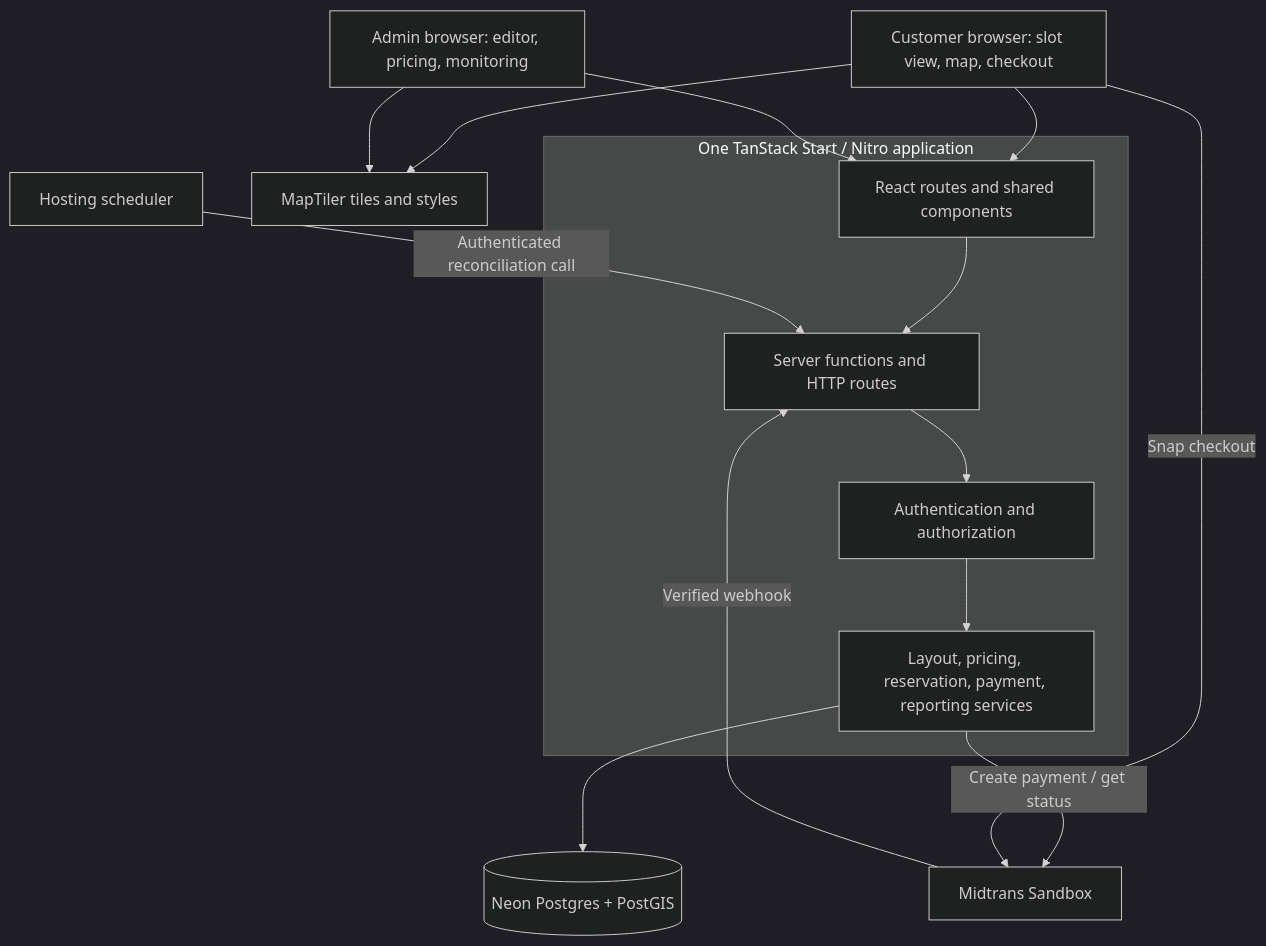
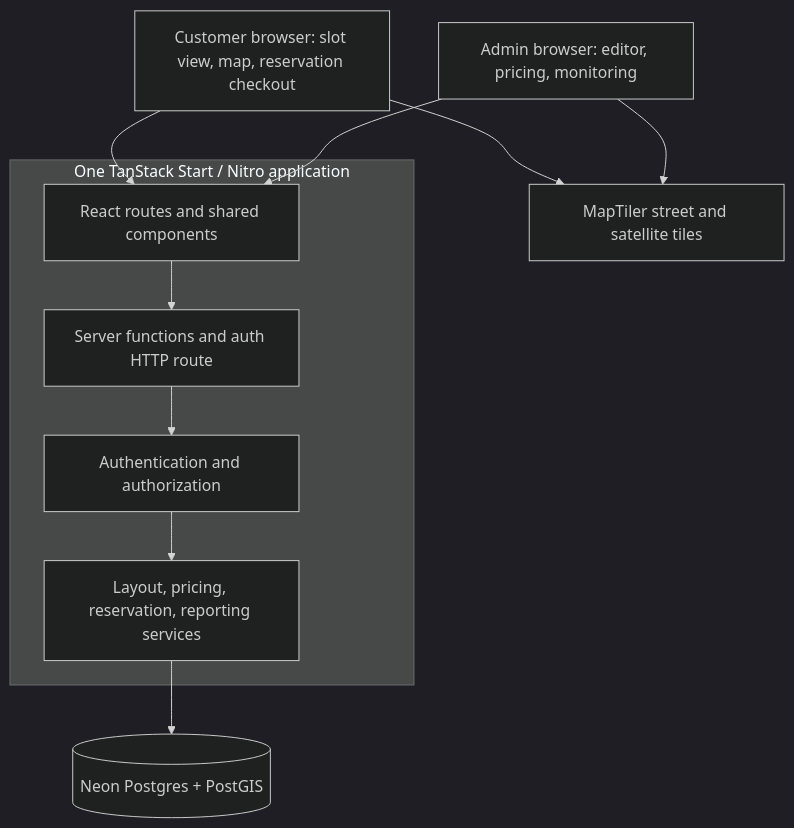
One commit to arifwp/ketaonfair changed the diagram in docs/architecture.md. Above: the diagram before and after it, drawn with Mermaid (dark theme). The commit also changed other lines of this file and 3 other files, not shown here.

````diff
--- a/docs/architecture.md
+++ b/docs/architecture.md
@@ -56,27 +60,21 @@
 ```mermaid
 flowchart TB
-    Customer[Customer browser: slot view, map, checkout]
+    Customer[Customer browser: slot view, map, reservation checkout]
     Admin[Admin browser: editor, pricing, monitoring]
-    Maps[MapTiler tiles and styles]
-    Scheduler[Hosting scheduler]
-    Midtrans[Midtrans Sandbox]
+    Maps[MapTiler street and satellite tiles]
     subgraph App[One TanStack Start / Nitro application]
         Views[React routes and shared components]
-        Boundary[Server functions and HTTP routes]
+        Boundary[Server functions and auth HTTP route]
         Auth[Authentication and authorization]
-        Services[Layout, pricing, reservation, payment, reporting services]
+        Services[Layout, pricing, reservation, reporting services]
     end
     DB[(Neon Postgres + PostGIS)]
     Customer --> Views
     Admin --> Views
     Customer --> Maps
     Admin --> Maps
     Views --> Boundary
     Boundary --> Auth
     Auth --> Services
     Services --> DB
-    Services -->|Create payment / get status| Midtrans
-    Customer -->|Snap checkout| Midtrans
-    Midtrans -->|Verified webhook| Boundary
-    Scheduler -->|Authenticated reconciliation call| Boundary
 ```
````
